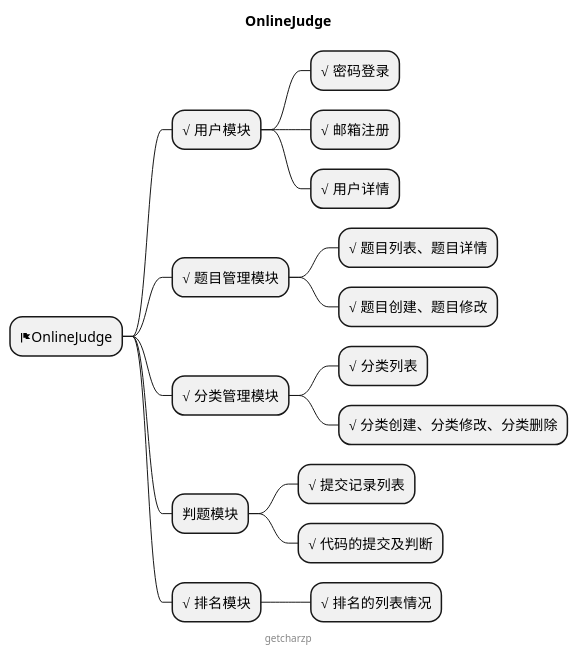
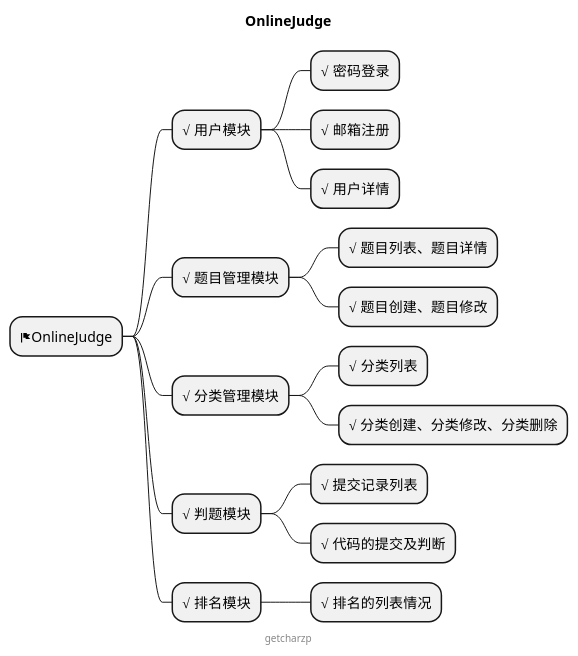
The diagram in MIND.puml (GetcharZp/gin-gorm-oj), drawn with PlantUML before and after one commit. The commit also changed 4 other files, not shown here.

```diff
--- a/MIND.puml
+++ b/MIND.puml
@@ -1,24 +1,24 @@
 @startmindmap
 
 title OnlineJudge
 
 * <&flag>OnlineJudge
 ** √ 用户模块
 *** √ 密码登录
 *** √ 邮箱注册
 *** √ 用户详情
 ** √ 题目管理模块
 *** √ 题目列表、题目详情
 *** √ 题目创建、题目修改
 ** √ 分类管理模块
 *** √ 分类列表
 *** √ 分类创建、分类修改、分类删除
-** 判题模块
+** √ 判题模块
 *** √ 提交记录列表
 *** √ 代码的提交及判断
 ** √ 排名模块
 *** √ 排名的列表情况
 
 center footer getcharzp
 
 @endmindmap
```
